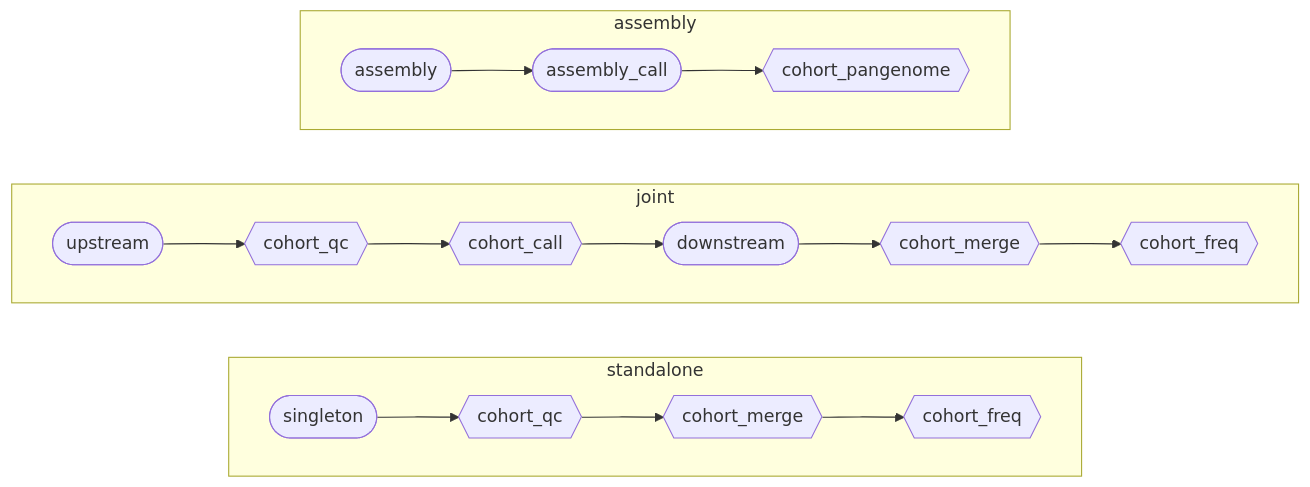
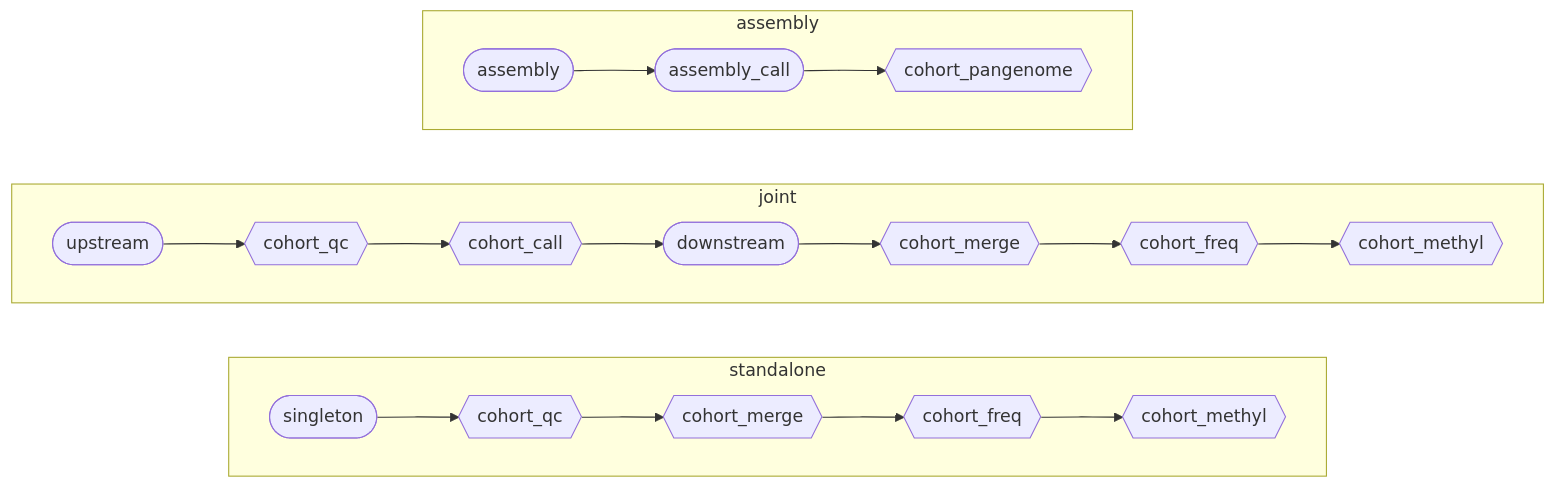
One commit to UppsalaGenomeCenter/ugc-wgw changed the diagram in docs/guide/01-overview.md. Above: the diagram before and after it, drawn with Mermaid. The commit also changed other lines of this file and 28 other files, not shown here.

````diff
--- a/docs/guide/01-overview.md
+++ b/docs/guide/01-overview.md
@@ -39,15 +39,15 @@
 ```mermaid
 flowchart LR
   subgraph standalone
     direction LR
-    a1(["singleton"]) --> a0{{"cohort_qc"}} --> a2{{"cohort_merge"}} --> a3{{"cohort_freq"}}
+    a1(["singleton"]) --> a0{{"cohort_qc"}} --> a2{{"cohort_merge"}} --> a3{{"cohort_freq"}} --> a4{{"cohort_methyl"}}
   end
   subgraph joint
     direction LR
-    b1(["upstream"]) --> b0{{"cohort_qc"}} --> b2{{"cohort_call"}} --> b3(["downstream"]) --> b4{{"cohort_merge"}} --> b5{{"cohort_freq"}}
+    b1(["upstream"]) --> b0{{"cohort_qc"}} --> b2{{"cohort_call"}} --> b3(["downstream"]) --> b4{{"cohort_merge"}} --> b5{{"cohort_freq"}} --> b6{{"cohort_methyl"}}
   end
   subgraph assembly
     direction LR
     c1(["assembly"]) --> c2(["assembly_call"]) --> c3{{"cohort_pangenome"}}
   end
 ```
````
